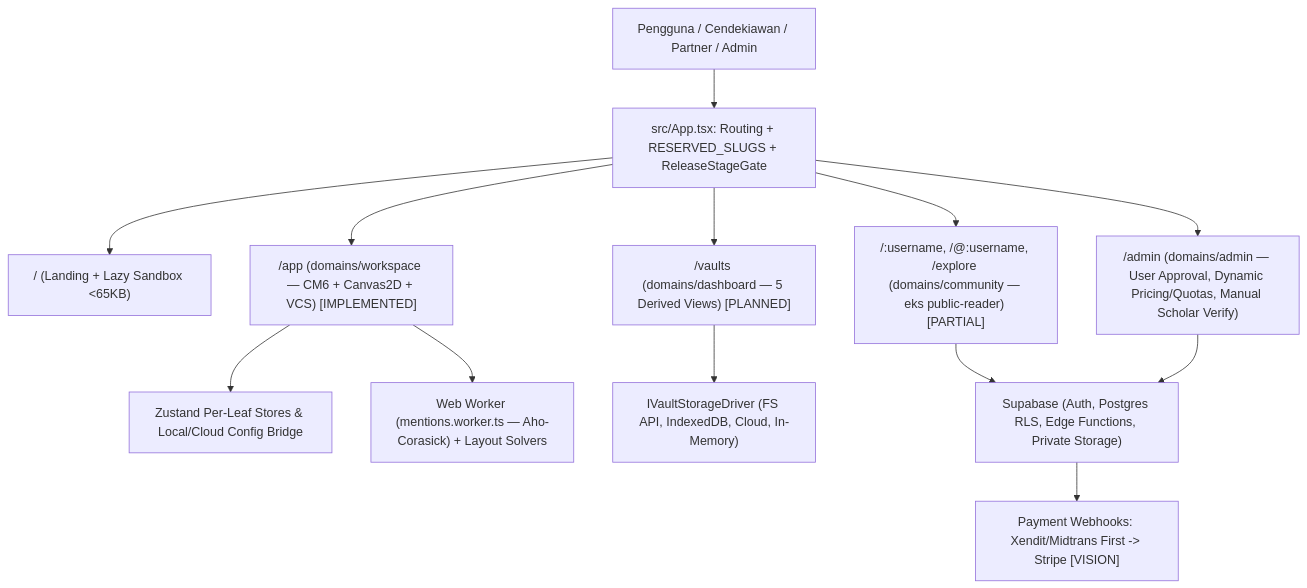
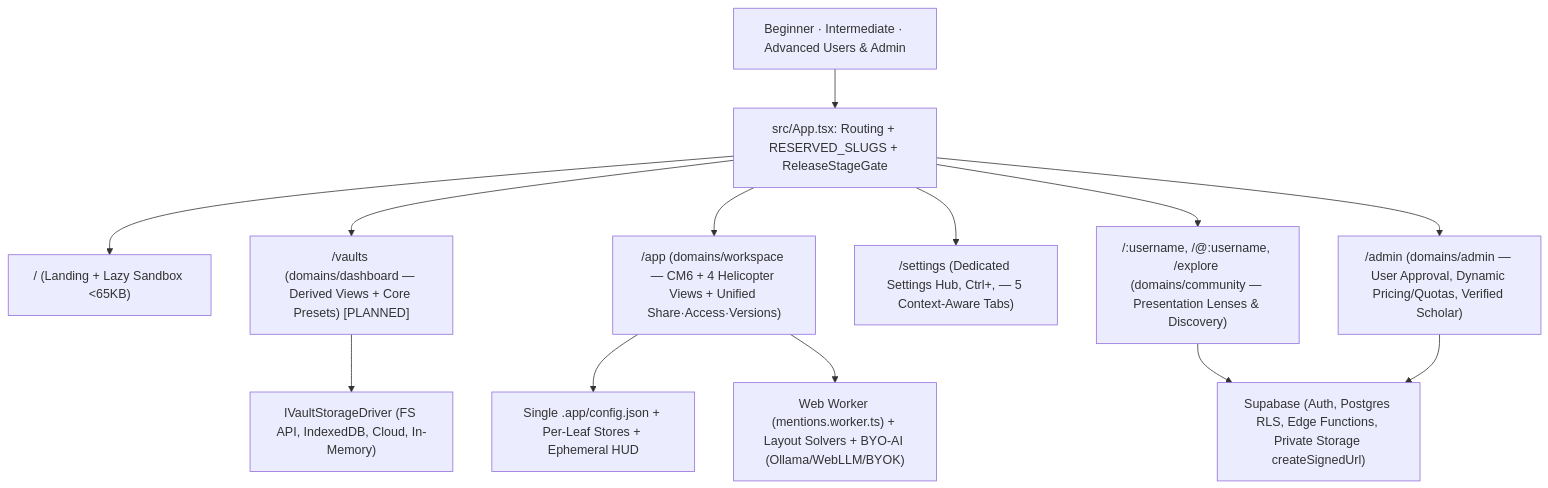
Before and after one commit to mjd-code/obmap-meed: the first of 2 diagrams in docs/03-architecture/system-overview.md, drawn with Mermaid. The commit also changed other lines of this file and 48 other files, not shown here.

````diff
--- a/docs/03-architecture/system-overview.md
+++ b/docs/03-architecture/system-overview.md
@@ -31,16 +31,16 @@
 ```mermaid
 flowchart TB
-    USR["Pengguna / Cendekiawan / Partner / Admin"] --> ROUTER["src/App.tsx: Routing + RESERVED_SLUGS + ReleaseStageGate"]
+    USR["Beginner · Intermediate · Advanced Users & Admin"] --> ROUTER["src/App.tsx: Routing + RESERVED_SLUGS + ReleaseStageGate"]
     ROUTER --> LAND["/ (Landing + Lazy Sandbox <65KB)"]
-    ROUTER --> DASH["/vaults (domains/dashboard — 5 Derived Views) [PLANNED]"]
-    ROUTER --> WORK["/app (domains/workspace — CM6 + Canvas2D + VCS) [IMPLEMENTED]"]
-    ROUTER --> COMM["/:username, /@:username, /explore (domains/community — eks public-reader) [PARTIAL]"]
-    ROUTER --> ADM["/admin (domains/admin — User Approval, Dynamic Pricing/Quotas, Manual Scholar Verify)"]
+    ROUTER --> DASH["/vaults (domains/dashboard — Derived Views + Core Presets) [PLANNED]"]
+    ROUTER --> WORK["/app (domains/workspace — CM6 + 4 Helicopter Views + Unified Share·Access·Versions)"]
+    ROUTER --> SET["/settings (Dedicated Settings Hub, Ctrl+, — 5 Context-Aware Tabs)"]
+    ROUTER --> COMM["/:username, /@:username, /explore (domains/community — Presentation Lenses & Discovery)"]
+    ROUTER --> ADM["/admin (domains/admin — User Approval, Dynamic Pricing/Quotas, Verified Scholar)"]
 
-    WORK --> STORE["Zustand Per-Leaf Stores & Local/Cloud Config Bridge"]
-    WORK --> WORKER["Web Worker (mentions.worker.ts — Aho-Corasick) + Layout Solvers"]
+    WORK --> CFG["Single .app/config.json + Per-Leaf Stores + Ephemeral HUD"]
+    WORK --> WORKER["Web Worker (mentions.worker.ts) + Layout Solvers + BYO-AI (Ollama/WebLLM/BYOK)"]
     DASH --> DRV["IVaultStorageDriver (FS API, IndexedDB, Cloud, In-Memory)"]
-    COMM --> SB["Supabase (Auth, Postgres RLS, Edge Functions, Private Storage)"]
+    COMM --> SB["Supabase (Auth, Postgres RLS, Edge Functions, Private Storage createSignedUrl)"]
     ADM --> SB
-    SB --> PGW["Payment Webhooks: Xendit/Midtrans First -> Stripe [VISION]"]
 ```
````
